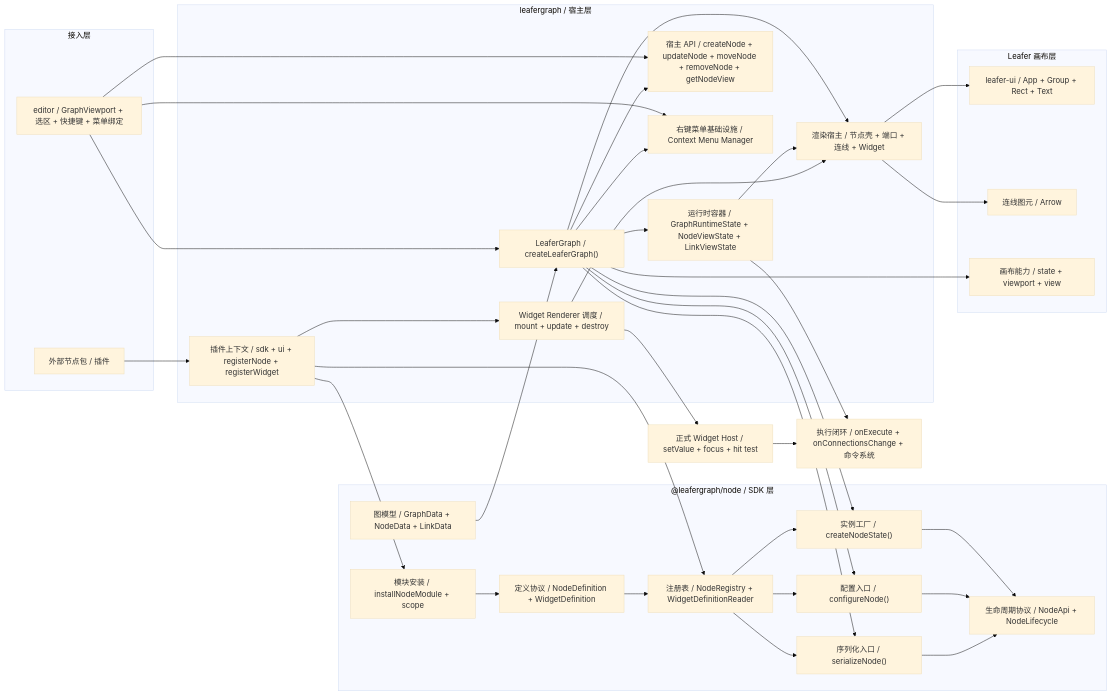
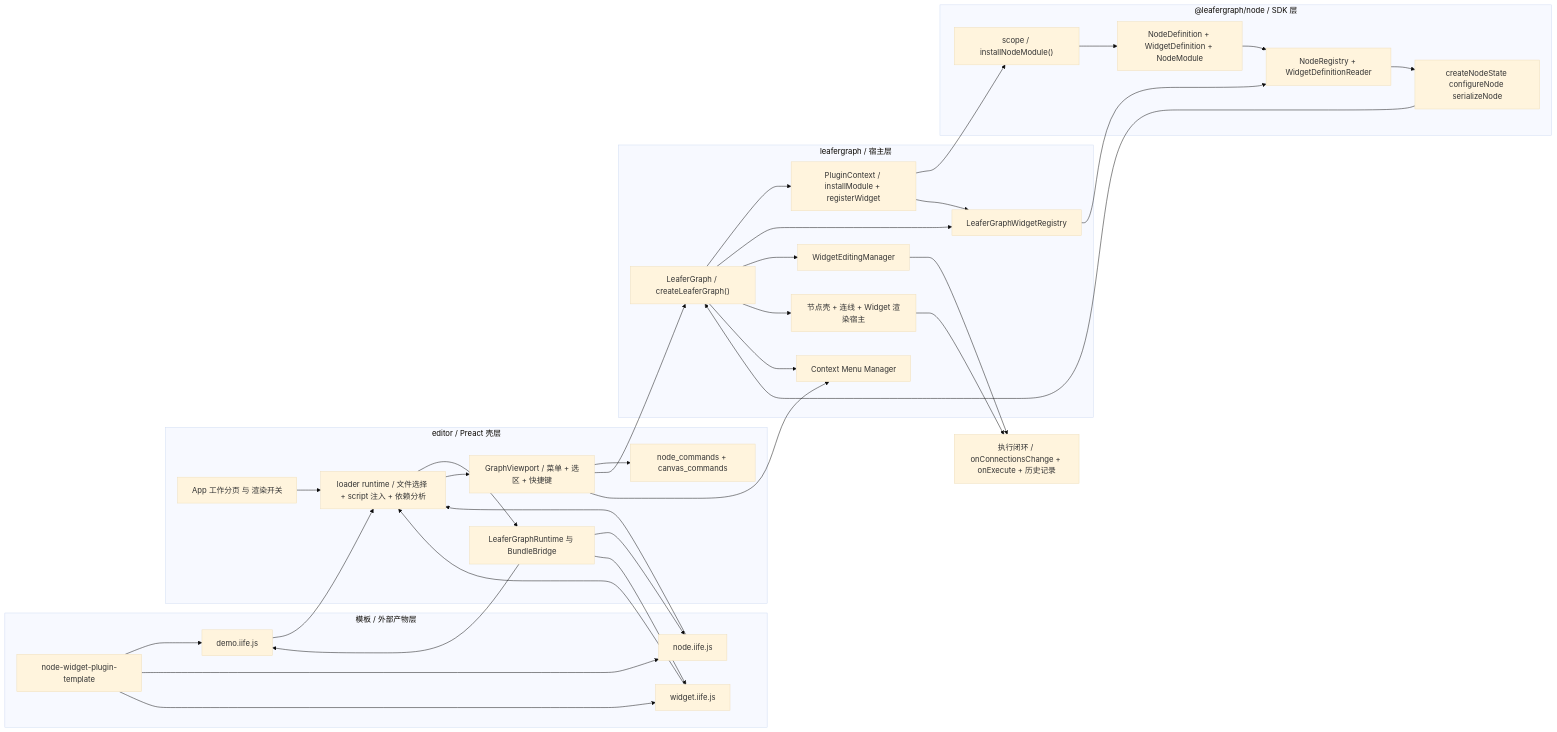
The first of 2 diagrams in docs/当前节点计划书.md (izumkineno/leafergraph), drawn with Mermaid (base theme) before and after one commit. The commit also changed other lines of this file and 11 other files, not shown here.

Commit message:
重构: 收敛正式图输入与节点快照结构

````diff
--- a/docs/当前节点计划书.md
+++ b/docs/当前节点计划书.md
@@ -101,74 +109,71 @@
 ```mermaid
 flowchart LR
-    subgraph external_layer["接入层"]
-        ext_plugin["外部节点包 / 插件"]
-        ext_editor["editor / GraphViewport + 选区 + 快捷键 + 菜单绑定"]
+    subgraph template_layer["模板 / 外部产物层"]
+        tpl_pkg["node-widget-plugin-template"]
+        tpl_demo["demo.iife.js"]
+        tpl_node["node.iife.js"]
+        tpl_widget["widget.iife.js"]
     end
 
-    subgraph sdk_layer["@leafergraph/node / SDK 层"]
-        sdk_graph["图模型 / GraphData + NodeData + LinkData"]
-        sdk_definition["定义协议 / NodeDefinition + WidgetDefinition"]
-        sdk_registry["注册表 / NodeRegistry + WidgetDefinitionReader"]
-        sdk_module["模块安装 / installNodeModule + scope"]
-        sdk_factory["实例工厂 / createNodeState()"]
-        sdk_configure["配置入口 / configureNode()"]
-        sdk_serialize["序列化入口 / serializeNode()"]
-        sdk_lifecycle["生命周期协议 / NodeApi + NodeLifecycle"]
+    subgraph editor_layer["editor / Preact 壳层"]
+        editor_app["App 工作分页 与 渲染开关"]
+        editor_loader["loader runtime / 文件选择 + script 注入 + 依赖分析"]
+        editor_bridge["LeaferGraphRuntime 与 BundleBridge"]
+        editor_view["GraphViewport / 菜单 + 选区 + 快捷键"]
+        editor_cmd["node_commands + canvas_commands"]
     end
 
     subgraph host_layer["leafergraph / 宿主层"]
         host_graph["LeaferGraph / createLeaferGraph()"]
-        host_plugin["插件上下文 / sdk + ui + registerNode + registerWidget"]
-        host_runtime["运行时容器 / GraphRuntimeState + NodeViewState + LinkViewState"]
-        host_api["宿主 API / createNode + updateNode + moveNode + removeNode + getNodeView"]
-        host_widget["Widget Renderer 调度 / mount + update + destroy"]
-        host_render["渲染宿主 / 节点壳 + 端口 + 连线 + Widget"]
-        host_menu["右键菜单基础设施 / Context Menu Manager"]
+        host_plugin["PluginContext / installModule + registerWidget"]
+        host_widget_registry["LeaferGraphWidgetRegistry"]
+        host_widget_edit["WidgetEditingManager"]
+        host_render["节点壳 + 连线 + Widget 渲染宿主"]
+        host_menu["Context Menu Manager"]
     end
 
-    subgraph canvas_layer["Leafer 画布层"]
-        canvas_ui["leafer-ui / App + Group + Rect + Text"]
-        canvas_arrow["连线图元 / Arrow"]
-        canvas_plugin["画布能力 / state + viewport + view"]
+    subgraph sdk_layer["@leafergraph/node / SDK 层"]
+        sdk_definition["NodeDefinition + WidgetDefinition + NodeModule"]
+        sdk_registry["NodeRegistry + WidgetDefinitionReader"]
+        sdk_scope["scope / installNodeModule()"]
+        sdk_factory["createNodeState configureNode serializeNode"]
     end
 
-    future_exec["执行闭环 / onExecute + onConnectionsChange + 命令系统"]
-    future_widget["正式 Widget Host / setValue + focus + hit test"]
+    future_exec["执行闭环 / onConnectionsChange + onExecute + 历史记录"]
 
-    ext_plugin --> host_plugin
-    ext_editor --> host_graph
-    ext_editor --> host_menu
-    ext_editor --> host_api
+    tpl_pkg --> tpl_demo
+    tpl_pkg --> tpl_node
+    tpl_pkg --> tpl_widget
 
-    host_plugin --> sdk_module
-    host_plugin --> sdk_registry
-    host_plugin --> host_widget
+    tpl_demo --> editor_loader
+    tpl_node --> editor_loader
+    tpl_widget --> editor_loader
 
-    sdk_module --> sdk_definition
-    sdk_definition --> sdk_registry
-    sdk_registry --> sdk_factory
-    sdk_registry --> sdk_configure
-    sdk_registry --> sdk_serialize
-    sdk_factory --> sdk_lifecycle
-    sdk_configure --> sdk_lifecycle
-    sdk_serialize --> sdk_lifecycle
-    sdk_graph --> host_graph
+    editor_app --> editor_loader
+    editor_loader --> editor_bridge
+    editor_loader --> editor_view
+    editor_view --> editor_cmd
+    editor_view --> host_graph
+    editor_view --> host_menu
 
-    host_graph --> host_runtime
-    host_graph --> host_api
+    editor_bridge --> tpl_demo
+    editor_bridge --> tpl_node
+    editor_bridge --> tpl_widget
+
+    host_graph --> host_plugin
+    host_graph --> host_widget_registry
+    host_graph --> host_widget_edit
     host_graph --> host_render
     host_graph --> host_menu
-    host_graph --> sdk_factory
-    host_graph --> sdk_configure
-    host_graph --> sdk_serialize
 
-    host_runtime --> host_render
-    host_widget --> host_render
-    host_render --> canvas_ui
-    host_render --> canvas_arrow
-    host_graph --> canvas_plugin
+    host_plugin --> sdk_scope
+    host_plugin --> host_widget_registry
+    sdk_scope --> sdk_definition
+    sdk_definition --> sdk_registry
+    host_widget_registry --> sdk_registry
+    sdk_registry --> sdk_factory
+    sdk_factory --> host_graph
 
-    host_runtime --> future_exec
-    host_widget --> future_widget
-    future_widget --> future_exec
+    host_render --> future_exec
+    host_widget_edit --> future_exec
 ```
````
